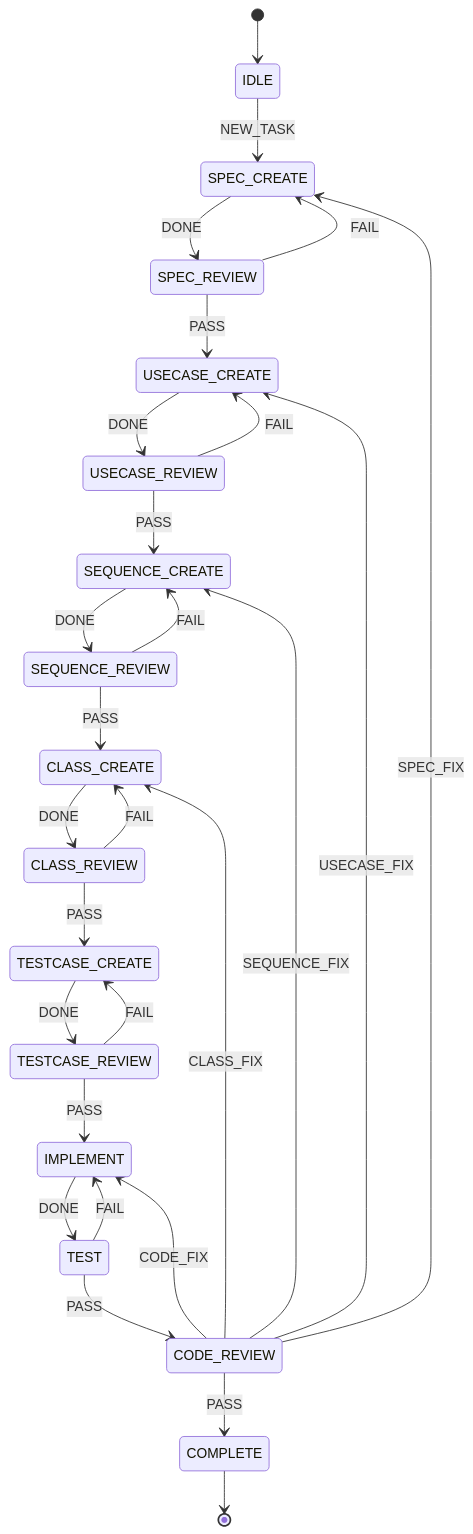
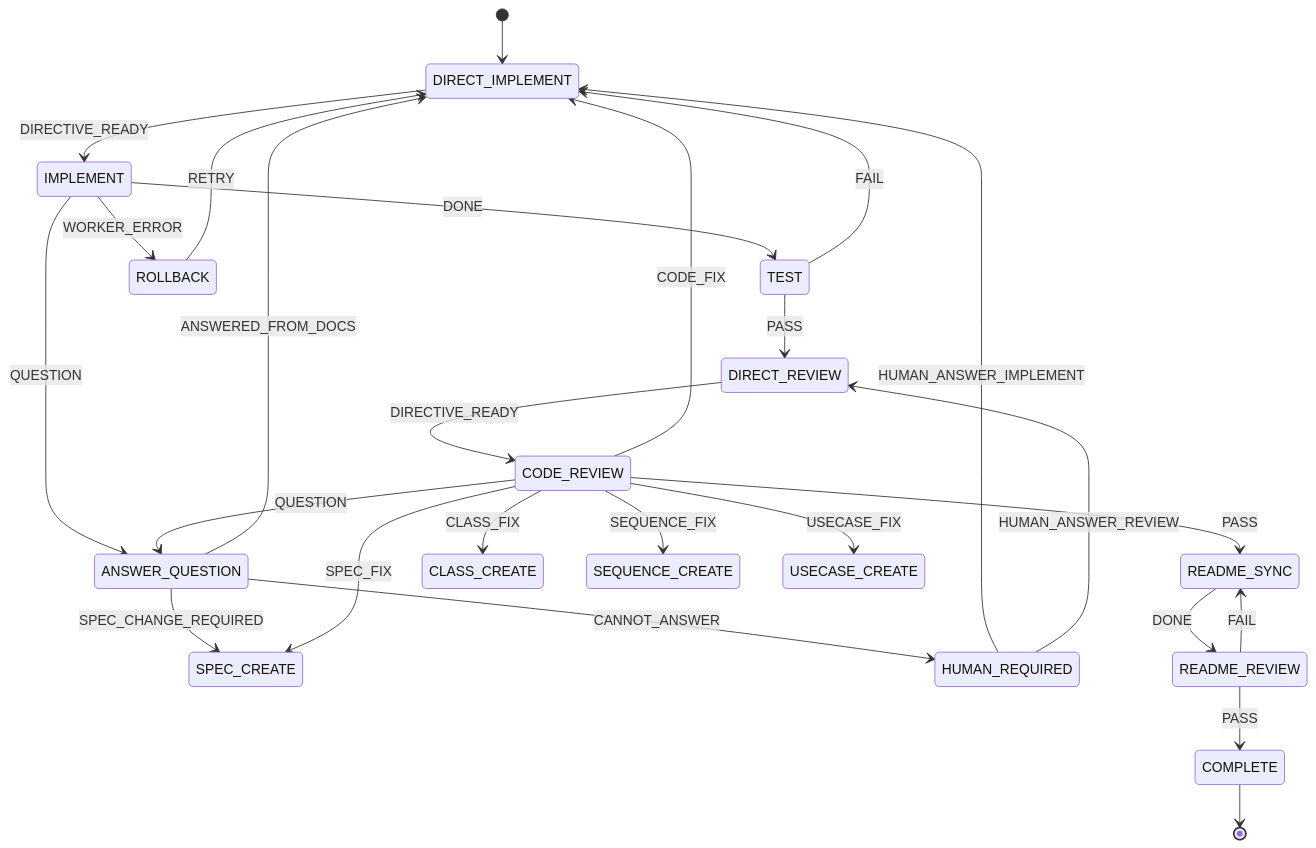
One commit to garyohosu/Agent-Controller changed the diagram in memo.md. Above: the diagram before and after it, drawn with Mermaid. The commit also changed other lines of this file, not shown here.

````diff
--- a/memo.md
+++ b/memo.md
@@ -147,38 +311,37 @@
 ```mermaid
 stateDiagram-v2
-    [*] --> IDLE
-    IDLE --> SPEC_CREATE : NEW_TASK
+    [*] --> DIRECT_IMPLEMENT
 
-    SPEC_CREATE --> SPEC_REVIEW : DONE
-    SPEC_REVIEW --> USECASE_CREATE : PASS
-    SPEC_REVIEW --> SPEC_CREATE : FAIL
-
-    USECASE_CREATE --> USECASE_REVIEW : DONE
-    USECASE_REVIEW --> SEQUENCE_CREATE : PASS
-    USECASE_REVIEW --> USECASE_CREATE : FAIL
-
-    SEQUENCE_CREATE --> SEQUENCE_REVIEW : DONE
-    SEQUENCE_REVIEW --> CLASS_CREATE : PASS
-    SEQUENCE_REVIEW --> SEQUENCE_CREATE : FAIL
-
-    CLASS_CREATE --> CLASS_REVIEW : DONE
-    CLASS_REVIEW --> TESTCASE_CREATE : PASS
-    CLASS_REVIEW --> CLASS_CREATE : FAIL
-
-    TESTCASE_CREATE --> TESTCASE_REVIEW : DONE
-    TESTCASE_REVIEW --> IMPLEMENT : PASS
-    TESTCASE_REVIEW --> TESTCASE_CREATE : FAIL
+    DIRECT_IMPLEMENT --> IMPLEMENT : DIRECTIVE_READY
 
     IMPLEMENT --> TEST : DONE
-    TEST --> CODE_REVIEW : PASS
-    TEST --> IMPLEMENT : FAIL
+    IMPLEMENT --> ANSWER_QUESTION : QUESTION
+    IMPLEMENT --> ROLLBACK : WORKER_ERROR
 
-    CODE_REVIEW --> COMPLETE : PASS
-    CODE_REVIEW --> IMPLEMENT : CODE_FIX
+    ANSWER_QUESTION --> DIRECT_IMPLEMENT : ANSWERED_FROM_DOCS
+    ANSWER_QUESTION --> SPEC_CREATE : SPEC_CHANGE_REQUIRED
+    ANSWER_QUESTION --> HUMAN_REQUIRED : CANNOT_ANSWER
+
+    TEST --> DIRECT_REVIEW : PASS
+    TEST --> DIRECT_IMPLEMENT : FAIL
+
+    DIRECT_REVIEW --> CODE_REVIEW : DIRECTIVE_READY
+
+    CODE_REVIEW --> README_SYNC : PASS
+    CODE_REVIEW --> ANSWER_QUESTION : QUESTION
+    CODE_REVIEW --> DIRECT_IMPLEMENT : CODE_FIX
     CODE_REVIEW --> CLASS_CREATE : CLASS_FIX
     CODE_REVIEW --> SEQUENCE_CREATE : SEQUENCE_FIX
     CODE_REVIEW --> USECASE_CREATE : USECASE_FIX
     CODE_REVIEW --> SPEC_CREATE : SPEC_FIX
 
+    HUMAN_REQUIRED --> DIRECT_IMPLEMENT : HUMAN_ANSWER_IMPLEMENT
+    HUMAN_REQUIRED --> DIRECT_REVIEW : HUMAN_ANSWER_REVIEW
+
+    README_SYNC --> README_REVIEW : DONE
+    README_REVIEW --> COMPLETE : PASS
+    README_REVIEW --> README_SYNC : FAIL
+
+    ROLLBACK --> DIRECT_IMPLEMENT : RETRY
     COMPLETE --> [*]
 ```
````
